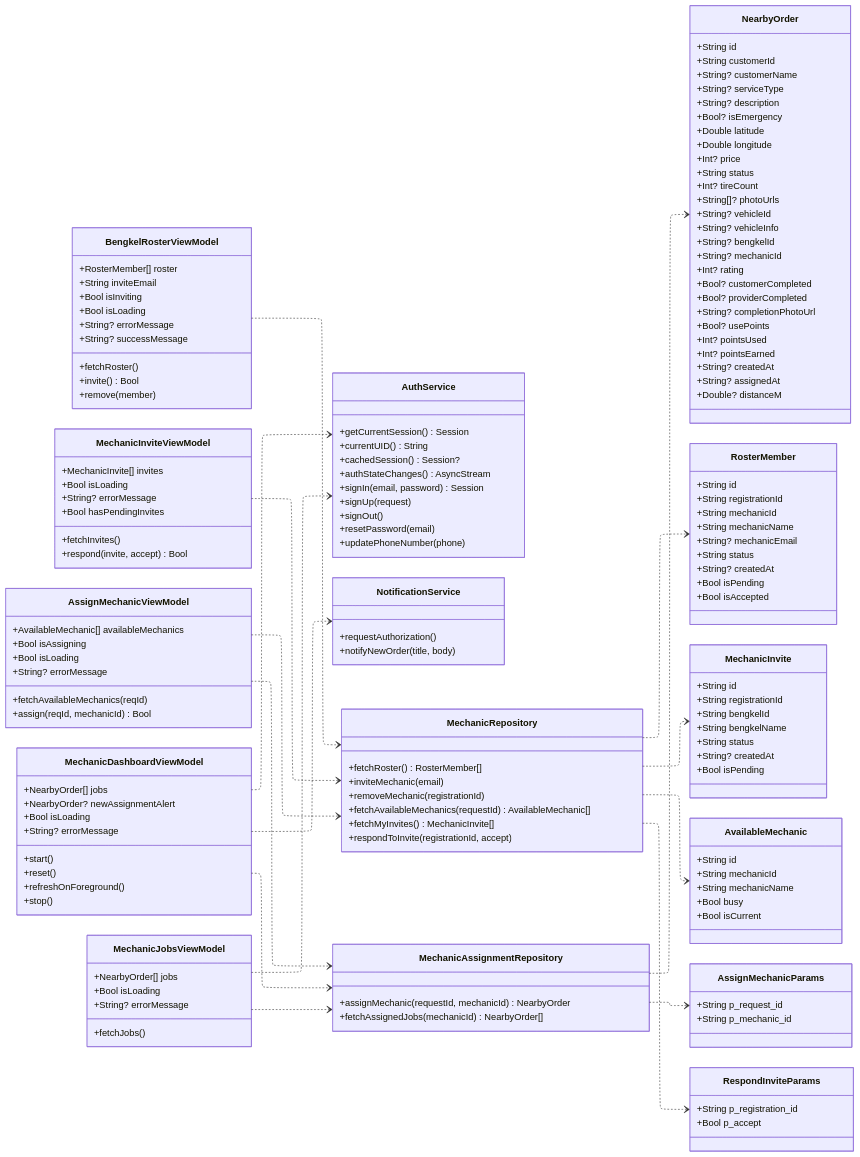
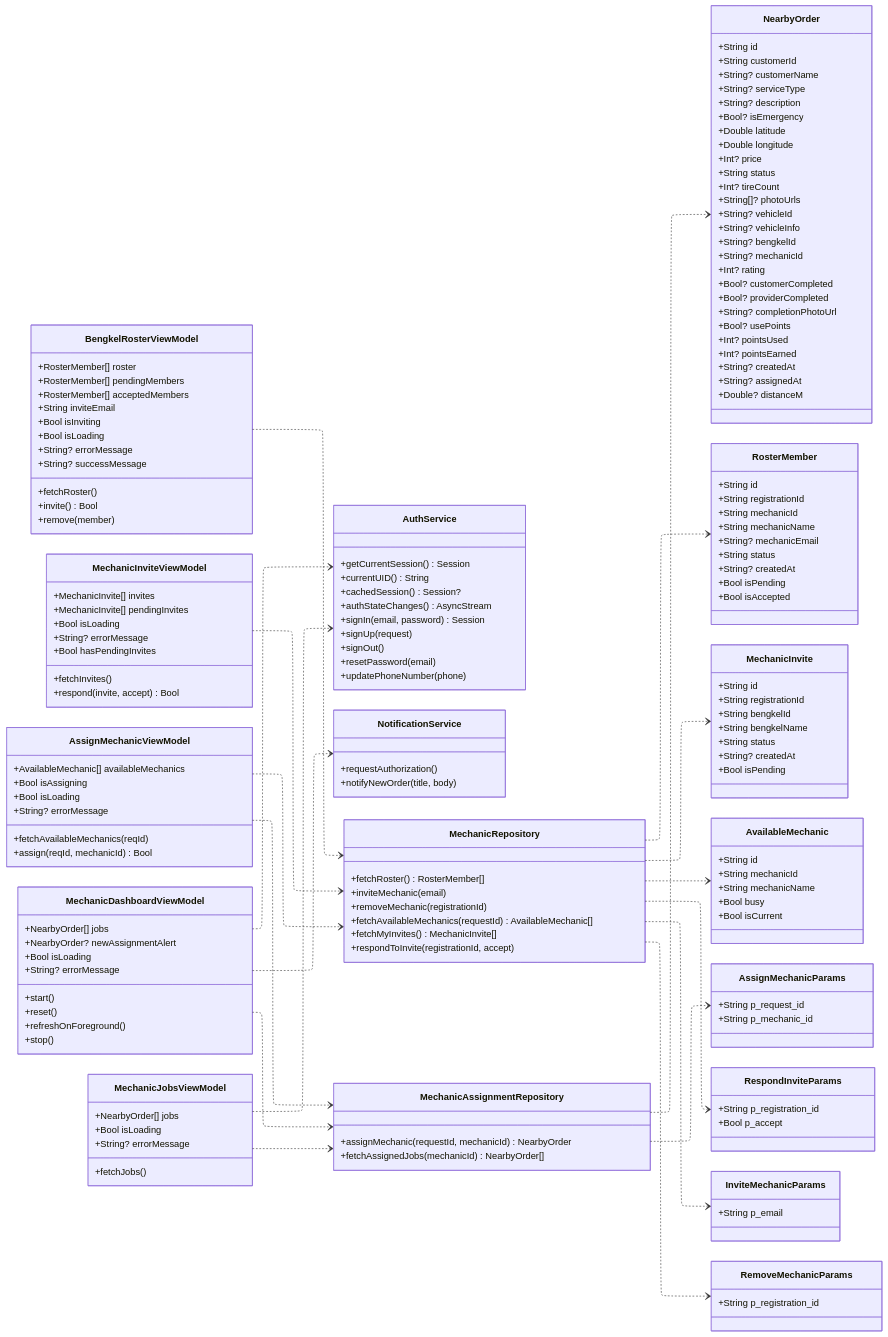
The sixth of 12 diagrams in diagram/feature-class-diagrams.md (rei-soemanto/BengkelIn_SE), drawn with Mermaid before and after one commit. The commit also changed other lines of this file, not shown here.

Commit message:
feature-class-diagram update

```diff
--- a/diagram/feature-class-diagrams.md
+++ b/diagram/feature-class-diagrams.md
@@ -851,6 +911,8 @@
     }
     class BengkelRosterViewModel {
         +RosterMember[] roster
+        +RosterMember[] pendingMembers
+        +RosterMember[] acceptedMembers
         +String inviteEmail
         +Bool isInviting
         +Bool isLoading
@@ -862,6 +924,7 @@
     }
     class MechanicInviteViewModel {
         +MechanicInvite[] invites
+        +MechanicInvite[] pendingInvites
         +Bool isLoading
         +String? errorMessage
         +Bool hasPendingInvites
@@ -927,6 +990,12 @@
         +String p_registration_id
         +Bool p_accept
     }
+    class InviteMechanicParams {
+        +String p_email
+    }
+    class RemoveMechanicParams {
+        +String p_registration_id
+    }
 
     BengkelRosterViewModel ..> MechanicRepository
     MechanicInviteViewModel ..> MechanicRepository
@@ -941,6 +1010,8 @@
     MechanicRepository ..> MechanicInvite
     MechanicRepository ..> AvailableMechanic
     MechanicRepository ..> RespondInviteParams
+    MechanicRepository ..> InviteMechanicParams
+    MechanicRepository ..> RemoveMechanicParams
     MechanicAssignmentRepository ..> AssignMechanicParams
     MechanicAssignmentRepository ..> NearbyOrder
 
```
